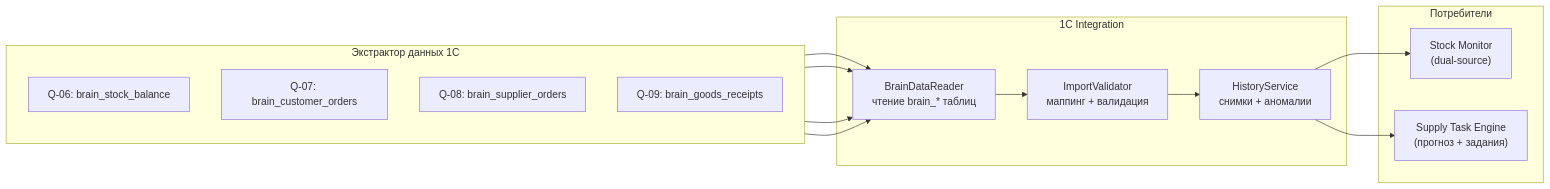
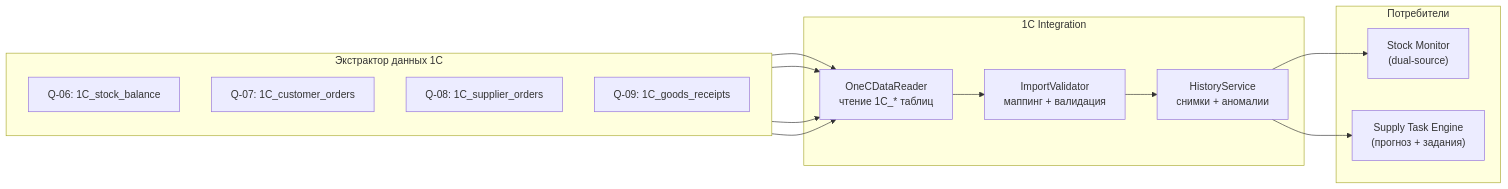
Before and after one commit to Sign25/Docs: the first of 2 diagrams in logistic/adolf_logistic_5_1c_integration.md, drawn with Mermaid. The commit also changed other lines of this file, not shown here.

Commit message:
refactor(logistic): rename brain_* -> 1C_*, update A1 links to 1cexport

````diff
--- a/logistic/adolf_logistic_5_1c_integration.md
+++ b/logistic/adolf_logistic_5_1c_integration.md
@@ -28,25 +28,25 @@
 ```mermaid
 flowchart LR
     subgraph EXTRACTOR["Экстрактор данных 1С"]
         direction TB
-        E1["Q-06: brain_stock_balance"]
-        E2["Q-07: brain_customer_orders"]
-        E3["Q-08: brain_supplier_orders"]
-        E4["Q-09: brain_goods_receipts"]
+        E1["Q-06: 1C_stock_balance"]
+        E2["Q-07: 1C_customer_orders"]
+        E3["Q-08: 1C_supplier_orders"]
+        E4["Q-09: 1C_goods_receipts"]
     end
 
     subgraph INTEGRATION["1С Integration"]
-        READER["BrainDataReader<br/>чтение brain_* таблиц"]
+        READER["OneCDataReader<br/>чтение 1C_* таблиц"]
         VALIDATOR["ImportValidator<br/>маппинг + валидация"]
         HISTORY["HistoryService<br/>снимки + аномалии"]
     end
 
     subgraph CONSUMERS["Потребители"]
         STOCK_MON["Stock Monitor<br/>(dual-source)"]
         TASK_GEN["Supply Task Engine<br/>(прогноз + задания)"]
     end
 
     E1 & E2 & E3 & E4 --> READER
     READER --> VALIDATOR --> HISTORY
     HISTORY --> STOCK_MON & TASK_GEN
 ```
````
